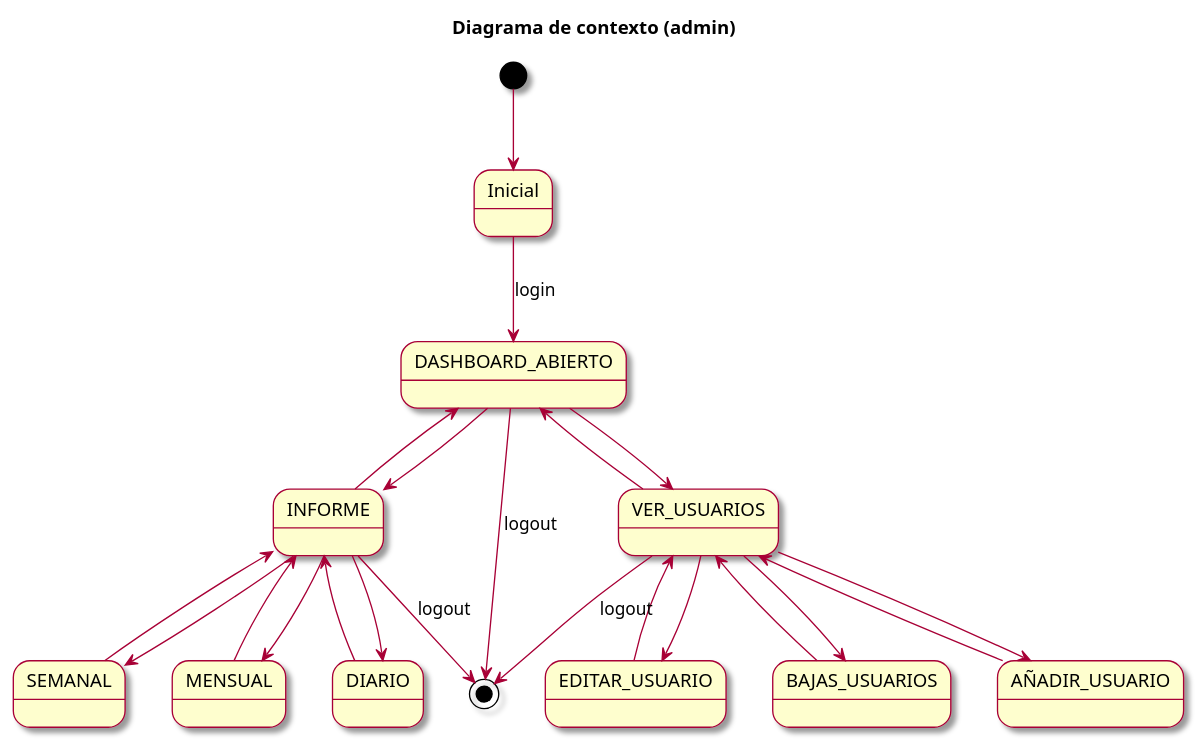
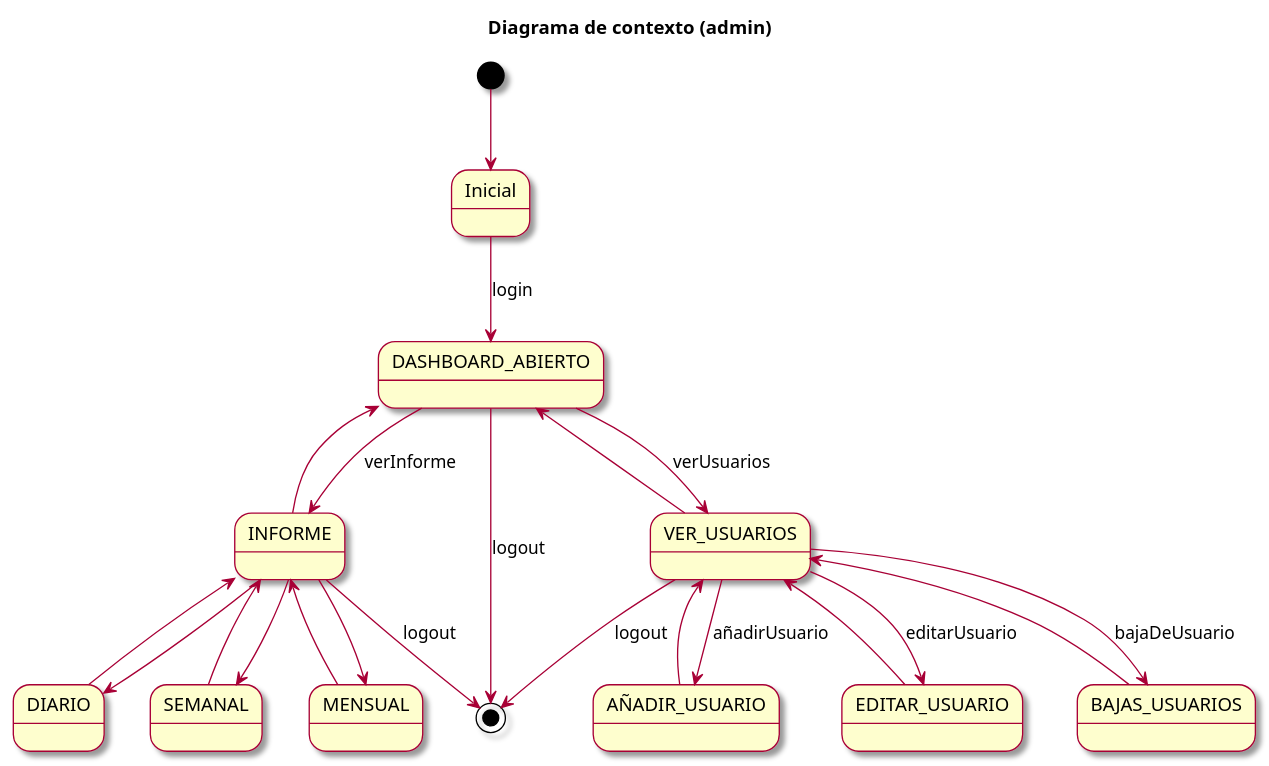
The diagram in modelosUML/casosDeUso/diagramaContexto(admin).puml (mmasias/23-24-IdSw1-SDR), drawn with PlantUML before and after one commit. The commit also changed 1 other file, not shown here.

Commit message:
añadiendo casos de uso a diagrama de contexto

```diff
--- a/modelosUML/casosDeUso/diagramaContexto(admin).puml
+++ b/modelosUML/casosDeUso/diagramaContexto(admin).puml
@@ -1,38 +1,38 @@
 @startuml Diagrama Contexto (administrador)
 
 skin rose
 title Diagrama de contexto (admin)
 
 [*] -->  Inicial
 
 Inicial -d-> DASHBOARD_ABIERTO : login
 
-DASHBOARD_ABIERTO --> VER_USUARIOS
+DASHBOARD_ABIERTO --> VER_USUARIOS : verUsuarios
 DASHBOARD_ABIERTO <-- VER_USUARIOS
 
 VER_USUARIOS <-- AÑADIR_USUARIO
 VER_USUARIOS <-- EDITAR_USUARIO
 VER_USUARIOS <-- BAJAS_USUARIOS
 
-VER_USUARIOS --> AÑADIR_USUARIO
-VER_USUARIOS --> EDITAR_USUARIO
-VER_USUARIOS --> BAJAS_USUARIOS
+VER_USUARIOS --> AÑADIR_USUARIO : añadirUsuario
+VER_USUARIOS --> EDITAR_USUARIO : editarUsuario 
+VER_USUARIOS --> BAJAS_USUARIOS : bajaDeUsuario
 
-DASHBOARD_ABIERTO --> INFORME
+DASHBOARD_ABIERTO --> INFORME : verInforme
 DASHBOARD_ABIERTO <-- INFORME
 
 INFORME --> DIARIO
 INFORME --> SEMANAL
 INFORME --> MENSUAL
 
 INFORME <-- DIARIO
 INFORME <-- SEMANAL
 INFORME <-- MENSUAL
 
 
 DASHBOARD_ABIERTO --> [*] : logout
 VER_USUARIOS --> [*] : logout
 INFORME --> [*] : logout
 
 
 @enduml
```
